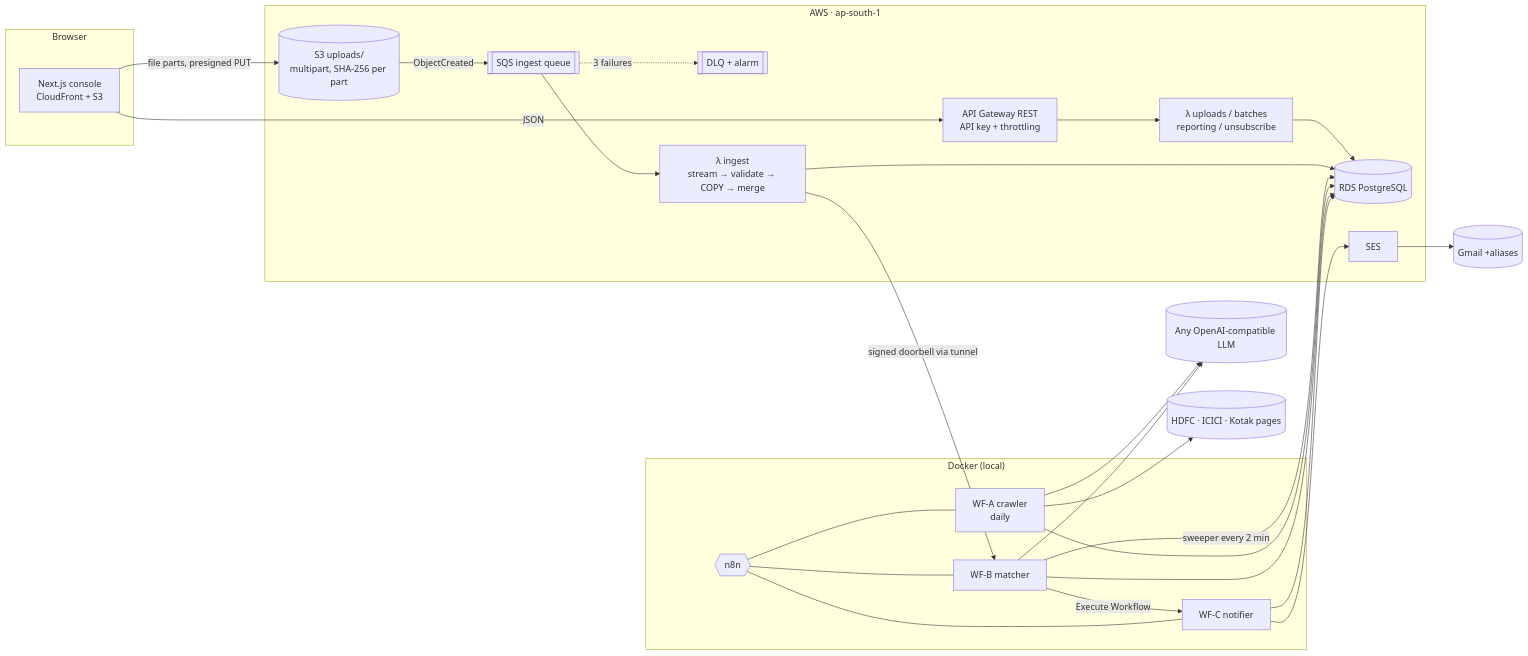
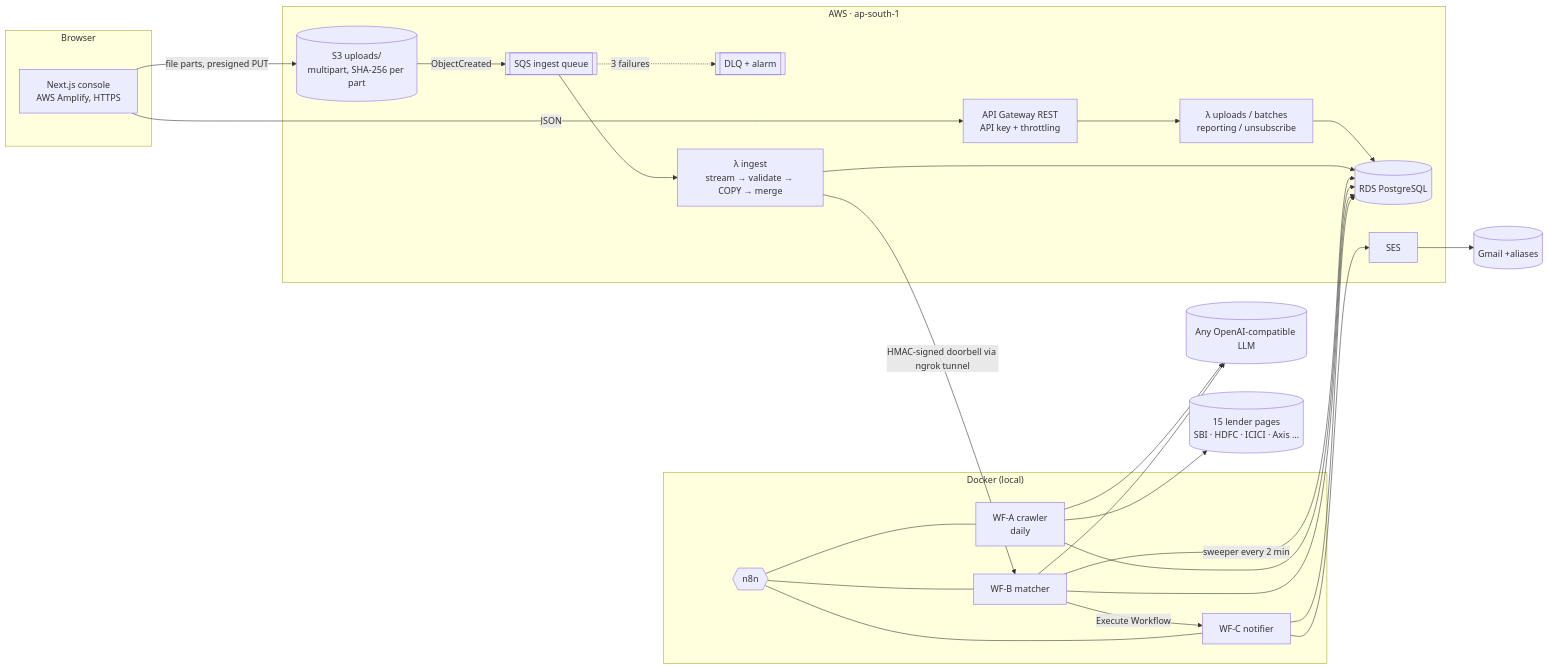
Before and after one commit to kaushalya4s5s7/clickpe-loan-engine: the diagram in README.md, drawn with Mermaid. The commit also changed other lines of this file, not shown here.

````diff
--- a/README.md
+++ b/README.md
@@ -15,38 +27,38 @@
 ```mermaid
 flowchart LR
   subgraph Browser
-    UI[Next.js console<br/>CloudFront + S3]
+    UI[Next.js console<br/>AWS Amplify, HTTPS]
   end
   subgraph AWS["AWS · ap-south-1"]
     APIGW[API Gateway REST<br/>API key + throttling]
     LUP[λ uploads / batches<br/>reporting / unsubscribe]
     S3[(S3 uploads/<br/>multipart, SHA-256 per part)]
     SQS[[SQS ingest queue]]
     DLQ[[DLQ + alarm]]
     LIN[λ ingest<br/>stream → validate → COPY → merge]
     RDS[(RDS PostgreSQL)]
     SES[SES]
   end
   subgraph Docker["Docker (local)"]
     N8N{{n8n}}
     A[WF-A crawler<br/>daily]
     B[WF-B matcher]
     C[WF-C notifier]
   end
   LLM[(Any OpenAI-compatible LLM)]
-  Banks[(HDFC · ICICI · Kotak pages)]
+  Banks[(15 lender pages<br/>SBI · HDFC · ICICI · Axis …)]
   Inbox[(Gmail +aliases)]
 
   UI -- JSON --> APIGW --> LUP --> RDS
   UI -- file parts, presigned PUT --> S3
   S3 -- ObjectCreated --> SQS --> LIN --> RDS
   SQS -. 3 failures .-> DLQ
-  LIN -- signed doorbell via tunnel --> B
+  LIN -- HMAC-signed doorbell via ngrok tunnel --> B
   B -- sweeper every 2 min --> RDS
   A --> Banks
   A --> LLM
   B --> LLM
   A & B & C --> RDS
   B -- Execute Workflow --> C --> SES --> Inbox
   N8N --- A & B & C
 ```
````
